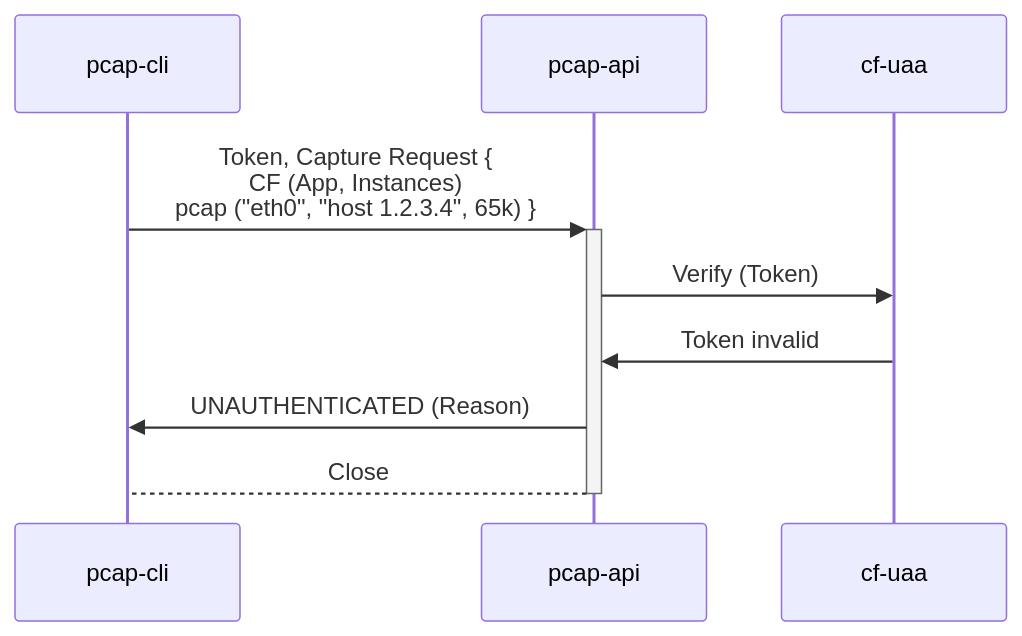
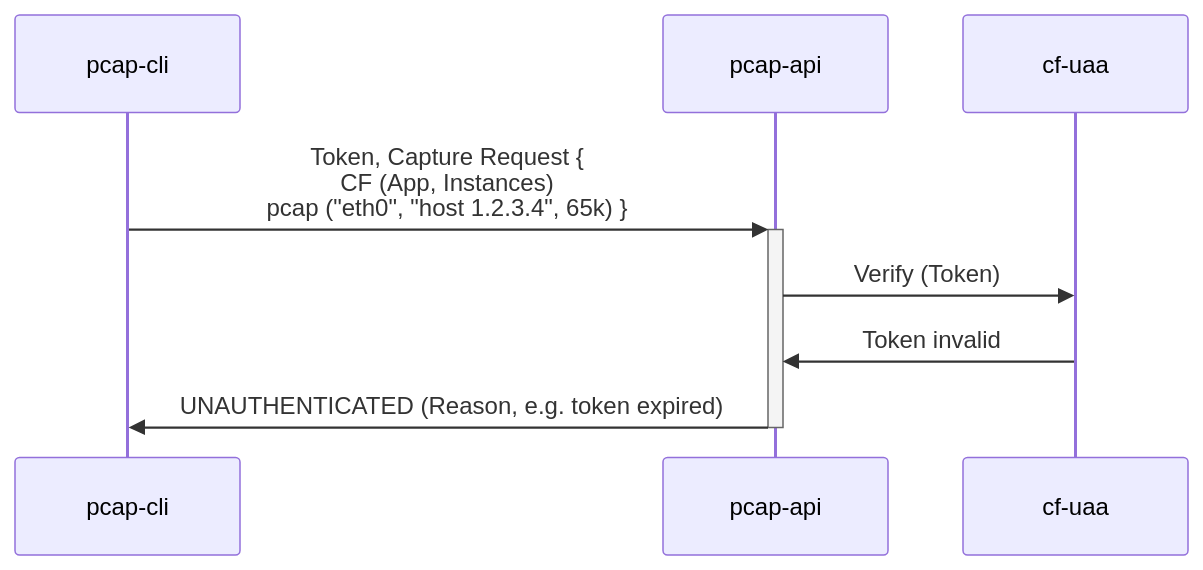
The eighth of 21 diagrams in docs/api-communication-spec.md (cloudfoundry/pcap-release), drawn with Mermaid before and after one commit. The commit also changed other lines of this file, not shown here.

Commit message:
docs(api): adapted all use cases to native gRPC status codes where applicable

````diff
--- a/docs/api-communication-spec.md
+++ b/docs/api-communication-spec.md
@@ -498,9 +500,8 @@
 ```mermaid
 sequenceDiagram
     pcap-cli ->>+ pcap-api: Token, Capture Request {<br/>CF (App, Instances)<br/>pcap ("eth0", "host 1.2.3.4", 65k) }
     pcap-api ->> cf-uaa: Verify (Token)
     cf-uaa ->> pcap-api: Token invalid
     
-    pcap-api ->> pcap-cli: UNAUTHENTICATED (Reason)
-    pcap-api -->- pcap-cli: Close
+    pcap-api ->>- pcap-cli: UNAUTHENTICATED (Reason, e.g. token expired)
 ```
````
